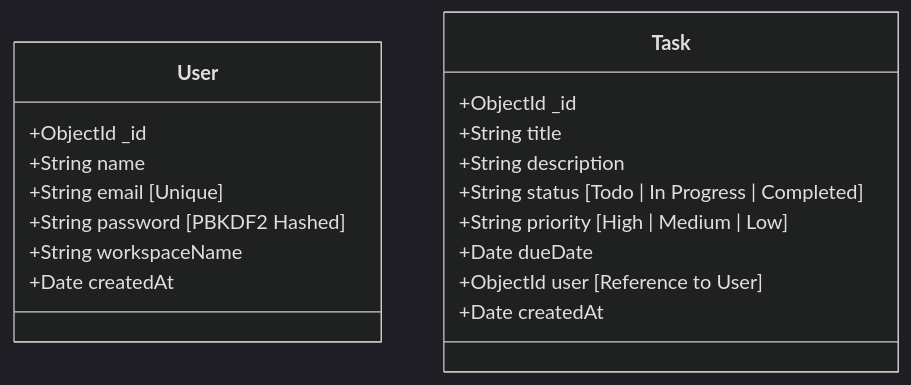
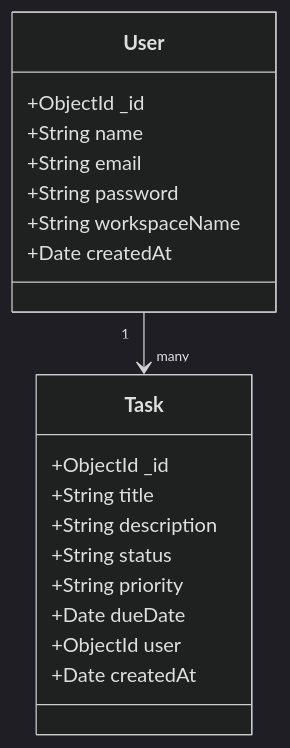
One commit to AmanS112004/TaskTracker changed the diagram in README.md. Above: the diagram before and after it, drawn with Mermaid (dark theme). The commit also changed other lines of this file, not shown here.

````diff
--- a/README.md
+++ b/README.md
@@ -85,22 +84,24 @@
 ```mermaid
 classDiagram
   class User {
     +ObjectId _id
     +String name
-    +String email [Unique]
-    +String password [PBKDF2 Hashed]
+    +String email
+    +String password
     +String workspaceName
     +Date createdAt
   }
 
   class Task {
     +ObjectId _id
     +String title
     +String description
-    +String status [Todo | In Progress | Completed]
-    +String priority [High | Medium | Low]
+    +String status
+    +String priority
     +Date dueDate
-    +ObjectId user [Reference to User]
+    +ObjectId user
     +Date createdAt
   }
+
+  User "1" --> "many" Task
 ```
````
